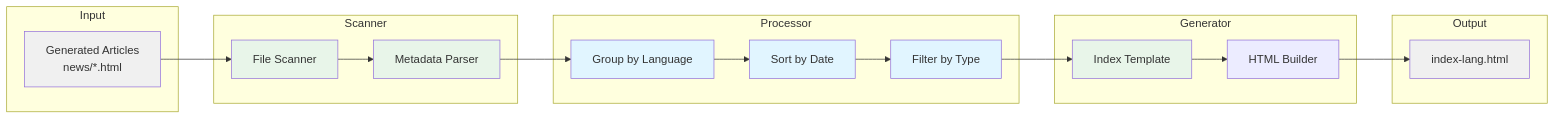
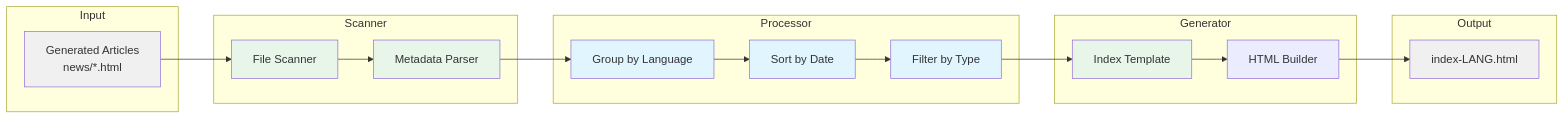
Before and after one commit to Hack23/euparliamentmonitor: the eighth of 9 diagrams in DATA_MODEL.md, drawn with Mermaid. The commit also changed 3 other files, not shown here.

First line of the commit message:
Address review comments: fix placeholder labels and HTML entities in mermaid diagrams

````diff
--- a/DATA_MODEL.md
+++ b/DATA_MODEL.md
@@ -1052,44 +1052,44 @@
 ```mermaid
 flowchart LR
     subgraph "Input"
         ARTICLES[Generated Articles<br/>news/*.html]
     end
 
     subgraph "Scanner"
         SCAN[File Scanner]
         PARSE[Metadata Parser]
     end
 
     subgraph "Processor"
         GROUP[Group by Language]
         SORT[Sort by Date]
         FILTER[Filter by Type]
     end
 
     subgraph "Generator"
         TEMPLATE[Index Template]
         HTML[HTML Builder]
     end
 
     subgraph "Output"
-        INDEX["index-lang.html"]
+        INDEX["index-LANG.html"]
     end
 
     ARTICLES --> SCAN
     SCAN --> PARSE
     PARSE --> GROUP
     GROUP --> SORT
     SORT --> FILTER
     FILTER --> TEMPLATE
     TEMPLATE --> HTML
     HTML --> INDEX
 
     style ARTICLES fill:#f0f0f0
     style SCAN fill:#e8f5e9
     style PARSE fill:#e8f5e9
     style GROUP fill:#e1f5ff
     style SORT fill:#e1f5ff
     style FILTER fill:#e1f5ff
     style TEMPLATE fill:#e8f5e9
     style INDEX fill:#f0f0f0
 ```
````
